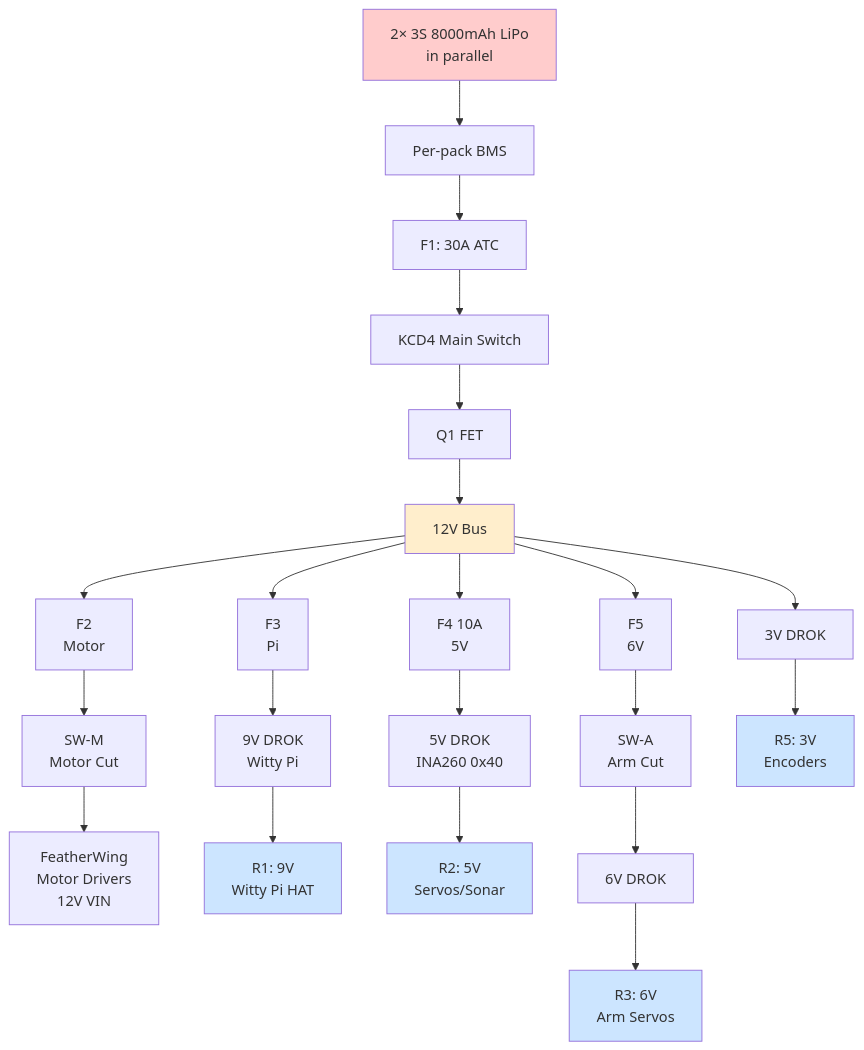
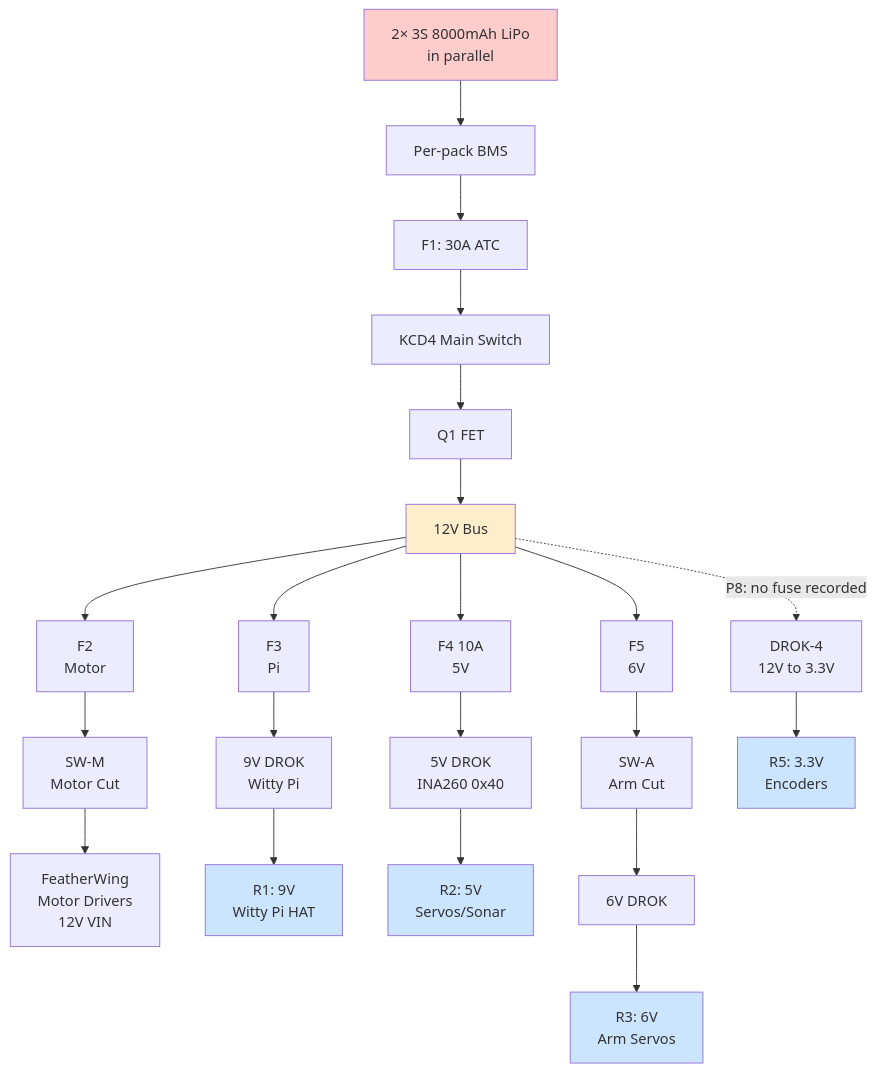
The first of 3 diagrams in docs/WildWilly_Master_Hardware_Design_v2.0.md (hdhimmel/willy-rover), drawn with Mermaid before and after one commit. The commit also changed other lines of this file and 2 other files, not shown here.

````diff
--- a/docs/WildWilly_Master_Hardware_Design_v2.0.md
+++ b/docs/WildWilly_Master_Hardware_Design_v2.0.md
@@ -254,64 +274,64 @@
 ```mermaid
 graph TD
     BAT["2× 3S 8000mAh LiPo<br/>in parallel"]
     BMS["Per-pack BMS"]
     F1["F1: 30A ATC"]
     KCD4["KCD4 Main Switch"]
     Q1["Q1 FET"]
     BUS["12V Bus"]
     
     F2["F2<br/>Motor"]
     F3["F3<br/>Pi"]
     F4["F4 10A<br/>5V"]
     F5["F5<br/>6V"]
     
     SW_M["SW-M<br/>Motor Cut"]
     FW_MOTOR["FeatherWing<br/>Motor Drivers<br/>12V VIN"]
     
     PI_BUCK["9V DROK<br/>Witty Pi"]
     R1["R1: 9V<br/>Witty Pi HAT"]
     
     DROK5["5V DROK<br/>INA260 0x40"]
     R2["R2: 5V<br/>Servos/Sonar"]
     
     SW_A["SW-A<br/>Arm Cut"]
     DROK6["6V DROK"]
     R3["R3: 6V<br/>Arm Servos"]
     
-    DROK3["3V DROK"]
-    R5["R5: 3V<br/>Encoders"]
+    DROK3["DROK-4<br/>12V to 3.3V"]
+    R5["R5: 3.3V<br/>Encoders"]
     
     BAT --> BMS
     BMS --> F1
     F1 --> KCD4
     KCD4 --> Q1
     Q1 --> BUS
     
     BUS --> F2
     BUS --> F3
     BUS --> F4
     BUS --> F5
     
     F2 --> SW_M
     SW_M --> FW_MOTOR
     
     F3 --> PI_BUCK
     PI_BUCK --> R1
     
     F4 --> DROK5
     DROK5 --> R2
     
     F5 --> SW_A
     SW_A --> DROK6
     DROK6 --> R3
     
-    BUS --> DROK3
+    BUS -.->|P8: no fuse recorded| DROK3
     DROK3 --> R5
     
     style BAT fill:#ffcccc
     style BUS fill:#ffeecc
     style R1 fill:#cce5ff
     style R2 fill:#cce5ff
     style R3 fill:#cce5ff
     style R5 fill:#cce5ff
 ```
````
